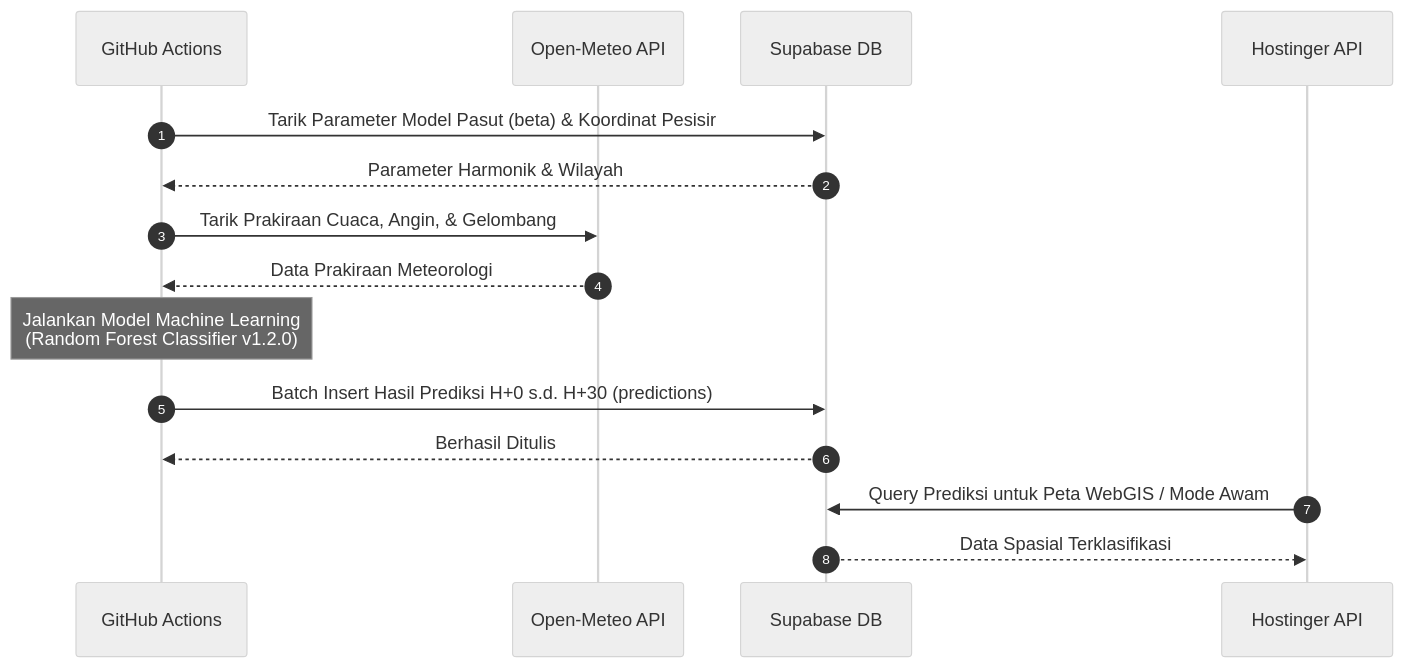
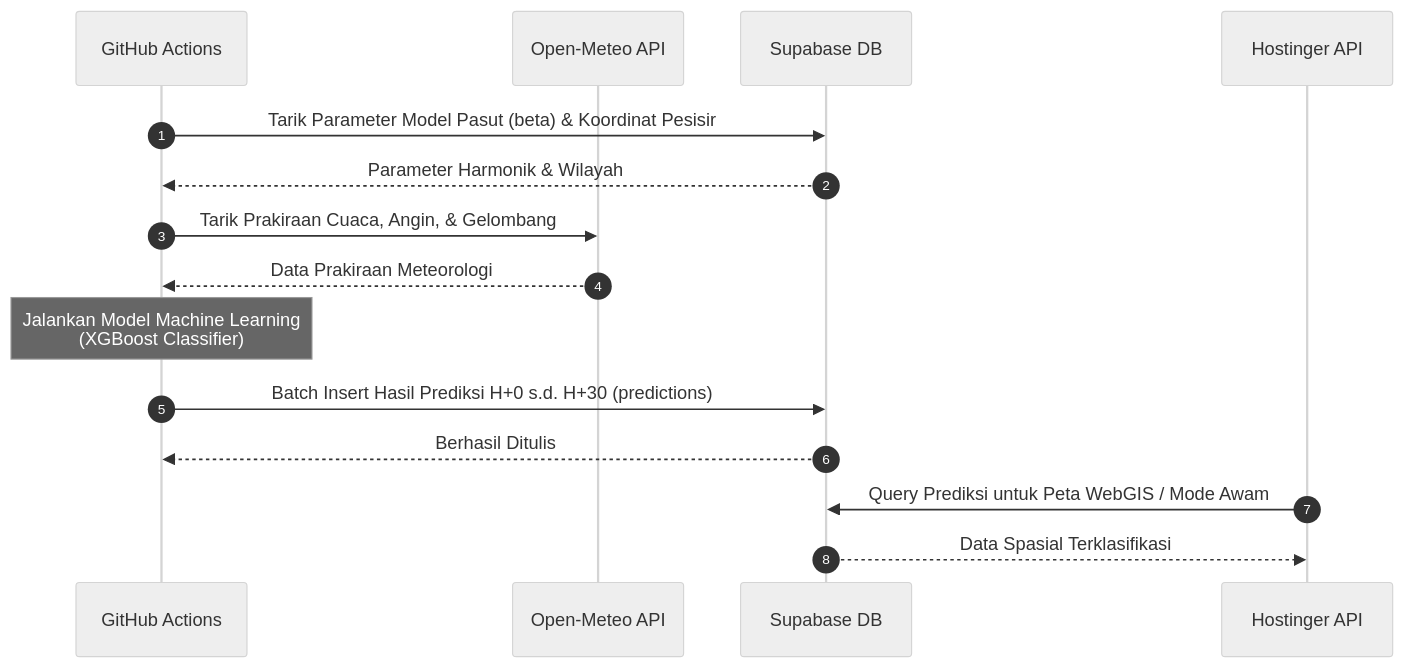
Before and after one commit to udinvoldigoad/Siperah-ROB: the second of 2 diagrams in README.md, drawn with Mermaid (neutral theme). The commit also changed other lines of this file and 7 other files, not shown here.

Commit message:
docs: fix broken links, stale paths, and align ML model references to XGBoost

````diff
--- a/README.md
+++ b/README.md
@@ -65,18 +65,18 @@
 ```mermaid
 sequenceDiagram
     autonumber
     participant GH as GitHub Actions
     participant OM as Open-Meteo API
     participant DB as Supabase DB
     participant API as Hostinger API
 
     GH->>DB: Tarik Parameter Model Pasut (beta) & Koordinat Pesisir
     DB-->>GH: Parameter Harmonik & Wilayah
     GH->>OM: Tarik Prakiraan Cuaca, Angin, & Gelombang
     OM-->>GH: Data Prakiraan Meteorologi
-    Note over GH: Jalankan Model Machine Learning<br>(Random Forest Classifier v1.2.0)
+    Note over GH: Jalankan Model Machine Learning<br>(XGBoost Classifier)
     GH->>DB: Batch Insert Hasil Prediksi H+0 s.d. H+30 (predictions)
     DB-->>GH: Berhasil Ditulis
     API->>DB: Query Prediksi untuk Peta WebGIS / Mode Awam
     DB-->>API: Data Spasial Terklasifikasi
 ```
````
